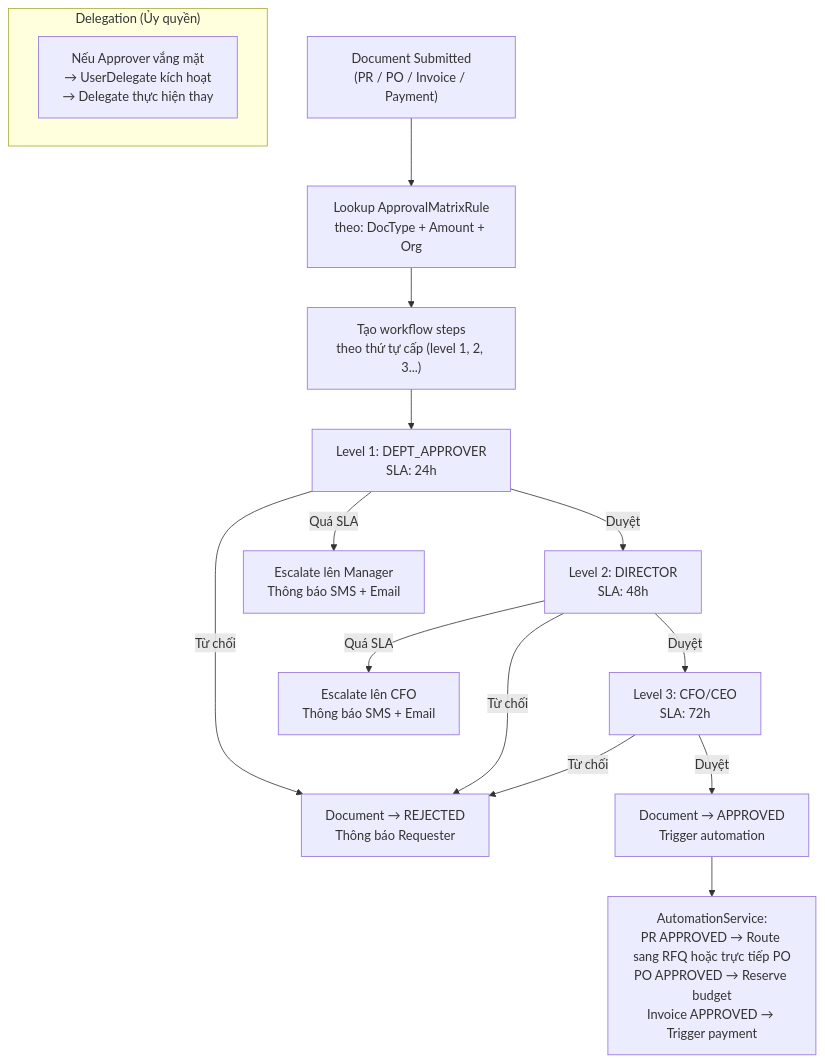
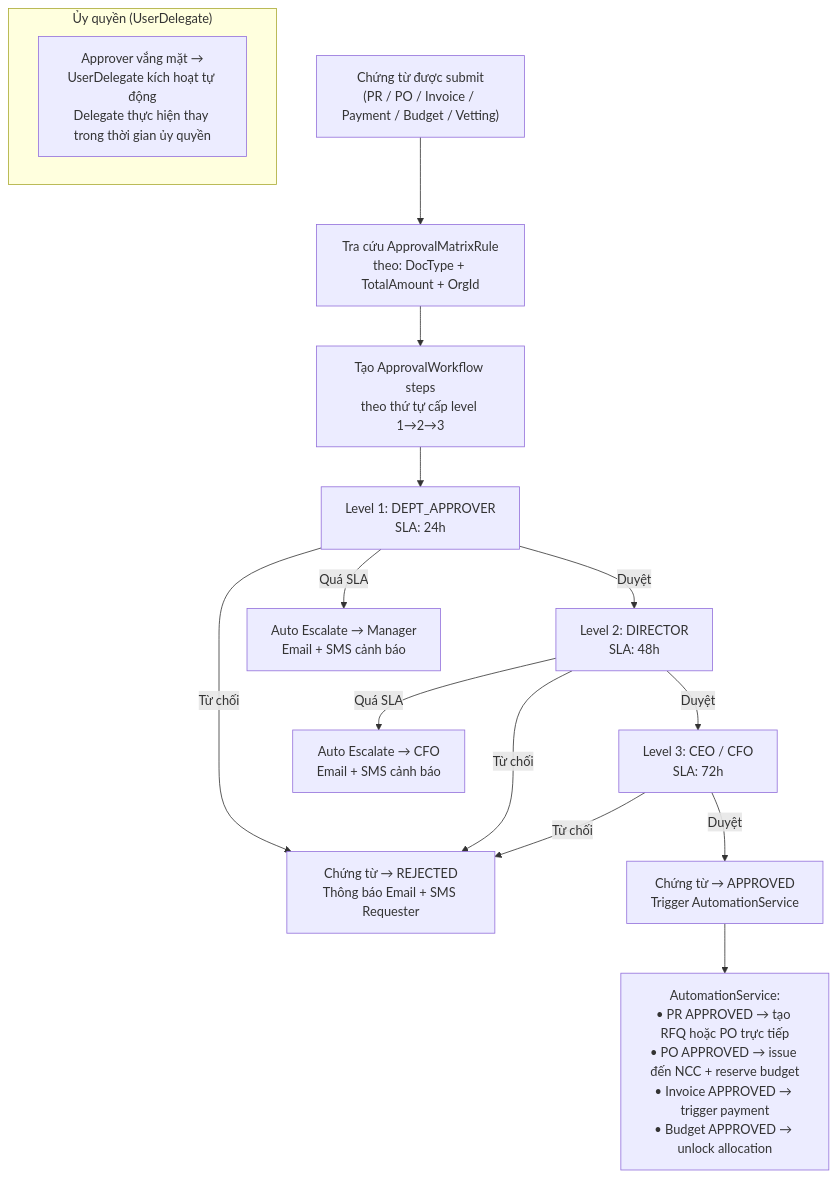
Before and after one commit to NguyenDinhNam28803/Order_Management_System: the ninth of 10 diagrams in README.md, drawn with Mermaid. The commit also changed other lines of this file, not shown here.

````diff
--- a/README.md
+++ b/README.md
@@ -357,23 +435,25 @@
 ```mermaid
 flowchart TD
-    SUB["Document Submitted\n(PR / PO / Invoice / Payment)"] --> RULE["Lookup ApprovalMatrixRule\ntheo: DocType + Amount + Org"]
+    SUB["Chứng từ được submit\n(PR / PO / Invoice / Payment / Budget / Vetting)"]
+    --> RULE["Tra cứu ApprovalMatrixRule\ntheo: DocType + TotalAmount + OrgId"]
 
-    RULE --> STEPS["Tạo workflow steps\ntheo thứ tự cấp (level 1, 2, 3...)"]
+    RULE --> STEPS["Tạo ApprovalWorkflow steps\ntheo thứ tự cấp level 1→2→3"]
 
     STEPS --> L1["Level 1: DEPT_APPROVER\nSLA: 24h"]
     L1 -->|Duyệt| L2["Level 2: DIRECTOR\nSLA: 48h"]
-    L1 -->|Từ chối| REJ["Document → REJECTED\nThông báo Requester"]
-    L2 -->|Duyệt| L3["Level 3: CFO/CEO\nSLA: 72h"]
+    L1 -->|Từ chối| REJ["Chứng từ → REJECTED\nThông báo Email + SMS Requester"]
+    L1 -->|Quá SLA| ESC1["Auto Escalate → Manager\nEmail + SMS cảnh báo"]
+
+    L2 -->|Duyệt| L3["Level 3: CEO / CFO\nSLA: 72h"]
     L2 -->|Từ chối| REJ
-    L3 -->|Duyệt| APR["Document → APPROVED\nTrigger automation"]
+    L2 -->|Quá SLA| ESC2["Auto Escalate → CFO\nEmail + SMS cảnh báo"]
+
+    L3 -->|Duyệt| APR["Chứng từ → APPROVED\nTrigger AutomationService"]
     L3 -->|Từ chối| REJ
 
-    L1 -->|Quá SLA| ESC1["Escalate lên Manager\nThông báo SMS + Email"]
-    L2 -->|Quá SLA| ESC2["Escalate lên CFO\nThông báo SMS + Email"]
-
-    subgraph Delegation["Delegation (Ủy quyền)"]
-        D["Nếu Approver vắng mặt\n→ UserDelegate kích hoạt\n→ Delegate thực hiện thay"]
+    subgraph Delegation["Ủy quyền (UserDelegate)"]
+        D["Approver vắng mặt →\nUserDelegate kích hoạt tự động\nDelegate thực hiện thay trong thời gian ủy quyền"]
     end
 
-    APR --> AUTO["AutomationService:\nPR APPROVED → Route sang RFQ hoặc trực tiếp PO\nPO APPROVED → Reserve budget\nInvoice APPROVED → Trigger payment"]
+    APR --> AUTO["AutomationService:\n• PR APPROVED → tạo RFQ hoặc PO trực tiếp\n• PO APPROVED → issue đến NCC + reserve budget\n• Invoice APPROVED → trigger payment\n• Budget APPROVED → unlock allocation"]
 ```
````
